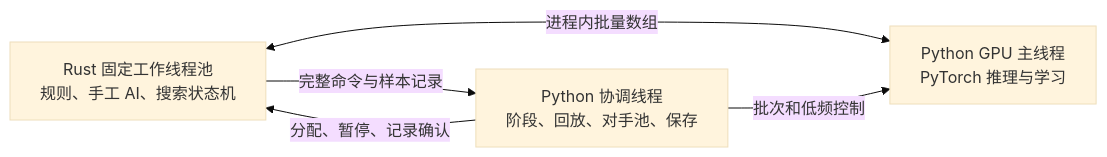
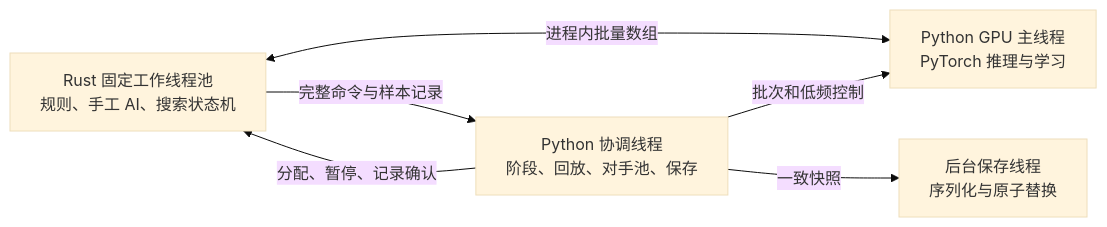
The diagram in docs/ai/TRAINING-RUNTIME.md (Loremmlel/haojie2), drawn with Mermaid (base theme) before and after one commit. The commit also changed other lines of this file and 11 other files, not shown here.

````diff
--- a/docs/ai/TRAINING-RUNTIME.md
+++ b/docs/ai/TRAINING-RUNTIME.md
@@ -7,7 +7,8 @@
 ```mermaid
 flowchart LR
     R["Rust 固定工作线程池<br/>规则、手工 AI、搜索状态机"] <-->|进程内批量数组| G["Python GPU 主线程<br/>PyTorch 推理与学习"]
     R -->|完整命令与样本记录| C["Python 协调线程<br/>阶段、回放、对手池、保存"]
     C -->|批次和低频控制| G
     C -->|分配、暂停、记录确认| R
+    C -->|一致快照| W["后台保存线程<br/>序列化与原子替换"]
 ```
````
